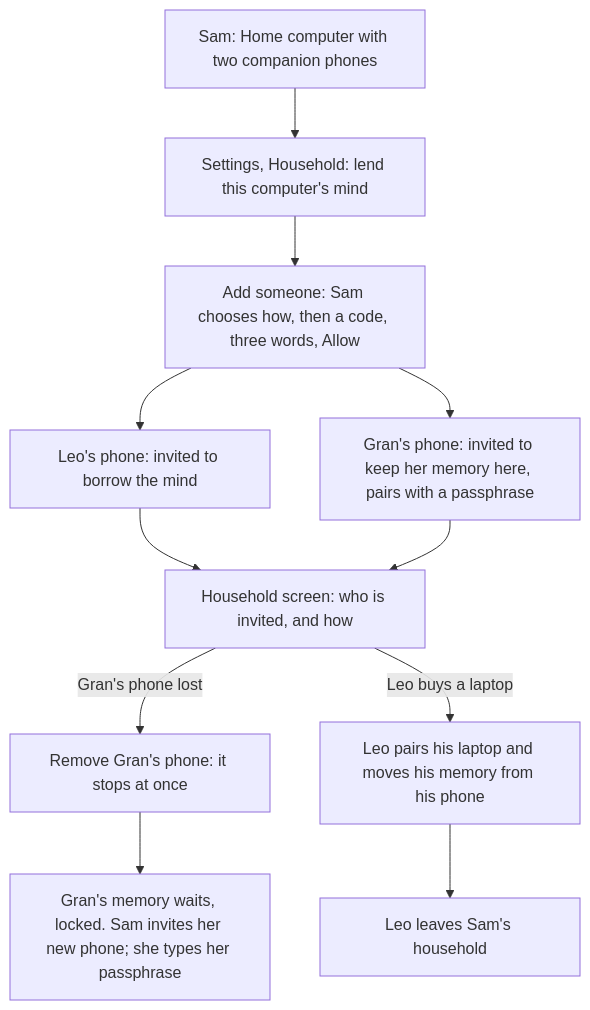
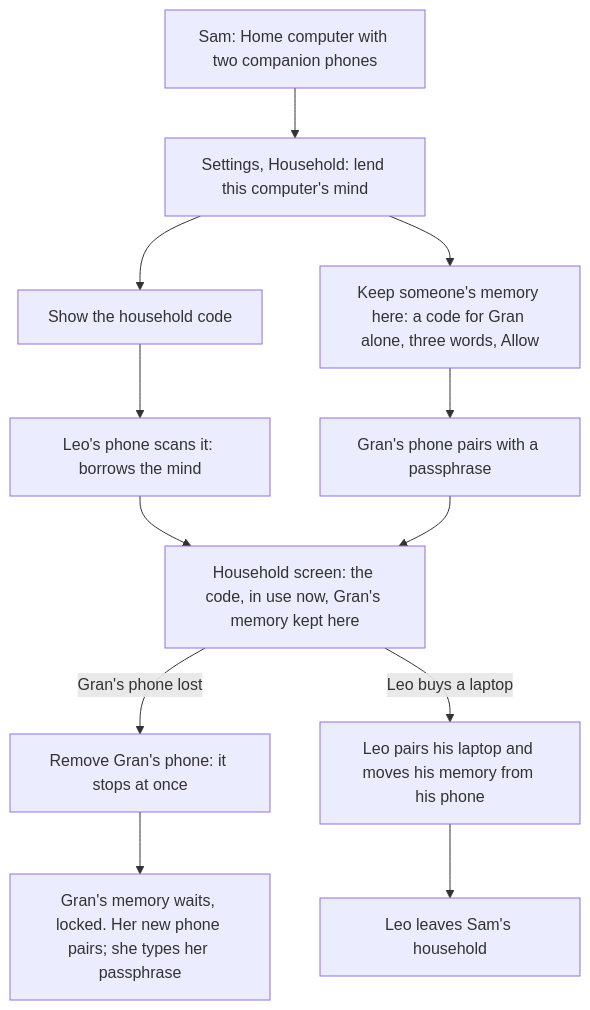
One commit to agync/nocturne changed the fourth of 5 diagrams in docs/design/phone-parity.md. Above: the diagram before and after it, drawn with Mermaid. The commit also changed other lines of this file and 26 other files, not shown here.

````diff
--- a/docs/design/phone-parity.md
+++ b/docs/design/phone-parity.md
@@ -219,13 +222,14 @@
 ```mermaid
 flowchart TD
     S[Sam: Home computer with two companion phones] --> HO[Settings, Household: lend this computer's mind]
-    HO --> AD[Add someone: Sam chooses how, then a code, three words, Allow]
-    AD --> L[Leo's phone: invited to borrow the mind]
-    AD --> G[Gran's phone: invited to keep her memory here, pairs with a passphrase]
-    L --> HV[Household screen: who is invited, and how]
+    HO --> SC[Show the household code]
+    SC --> L[Leo's phone scans it: borrows the mind]
+    HO --> GK[Keep someone's memory here: a code for Gran alone, three words, Allow]
+    GK --> G[Gran's phone pairs with a passphrase]
+    L --> HV[Household screen: the code, in use now, Gran's memory kept here]
     G --> HV
     HV -->|Gran's phone lost| RM[Remove Gran's phone: it stops at once]
-    RM --> GR[Gran's memory waits, locked. Sam invites her new phone; she types her passphrase]
+    RM --> GR[Gran's memory waits, locked. Her new phone pairs; she types her passphrase]
     HV -->|Leo buys a laptop| LM[Leo pairs his laptop and moves his memory from his phone]
     LM --> LL[Leo leaves Sam's household]
 ```
````
